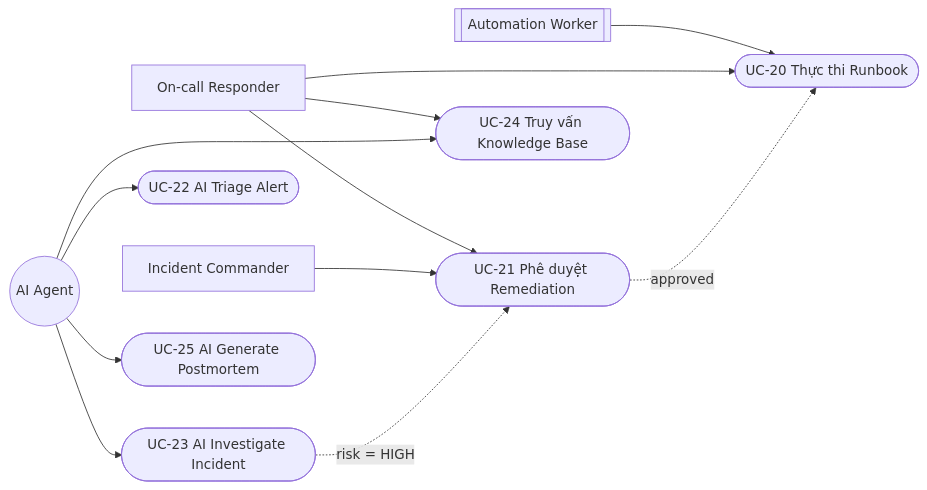
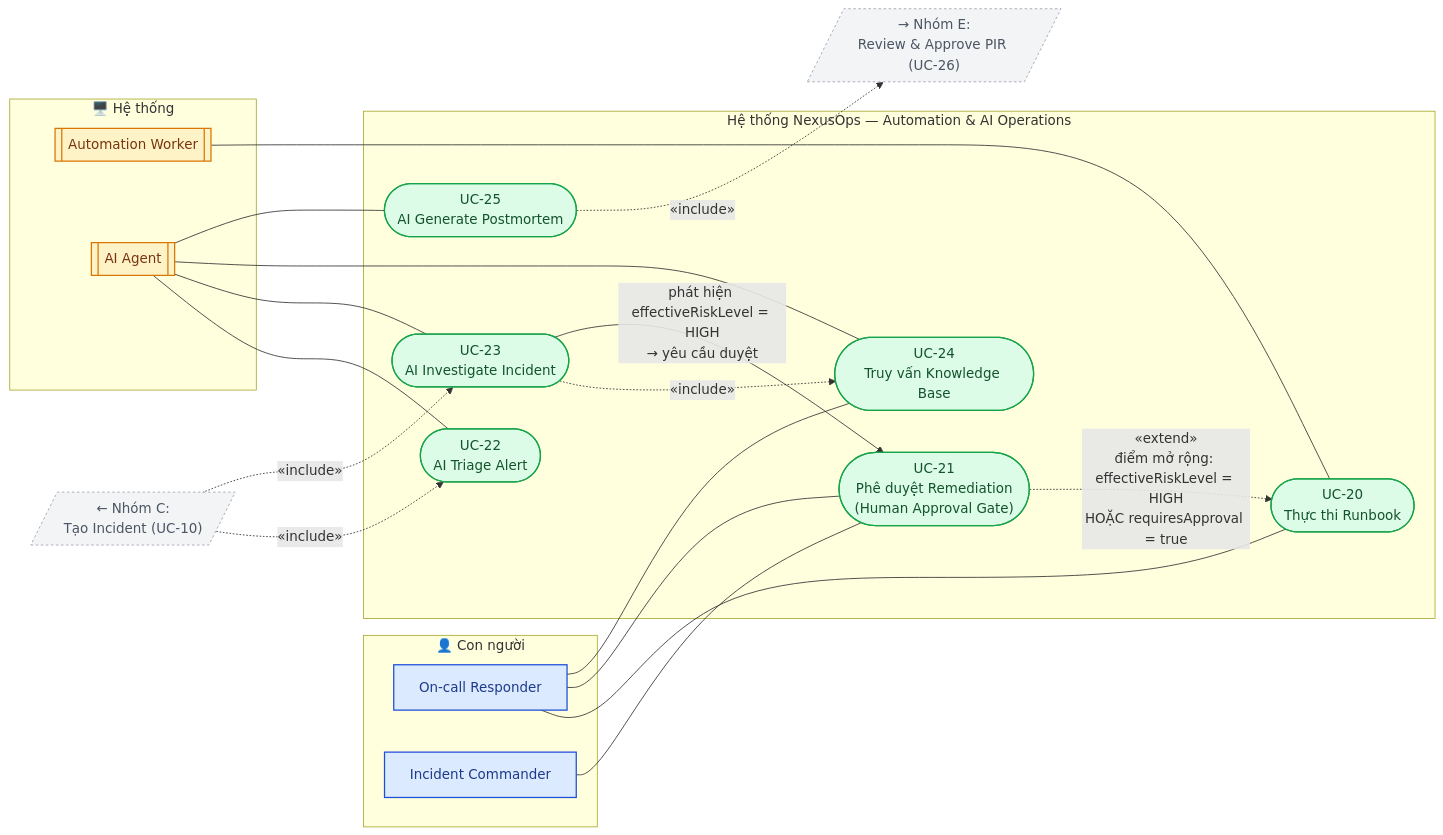
The fifth of 12 diagrams in README.md (NguyenBao0305/Intelligent-Incident-Reliability-Operations-Platform), drawn with Mermaid before and after one commit. The commit also changed other lines of this file, not shown here.

````diff
--- a/README.md
+++ b/README.md
@@ -564,19 +638,49 @@
 ```mermaid
 flowchart LR
-    AutomationWorker[[Automation Worker]]
-    Responder[On-call Responder]
-    Commander[Incident Commander]
-    AIAgent((AI Agent))
+    subgraph ACTORS_D_H["👤 Con người"]
+        Responder2[On-call Responder]
+        Commander2[Incident Commander]
+    end
+    subgraph ACTORS_D_S["🖥️ Hệ thống"]
+        AutomationWorker[[Automation Worker]]
+        AIAgent[[AI Agent]]
+    end
 
-    AutomationWorker --> UC20([UC-20 Thực thi Runbook])
-    Responder --> UC20
-    Responder --> UC21([UC-21 Phê duyệt Remediation])
-    Commander --> UC21
-    AIAgent --> UC22([UC-22 AI Triage Alert])
-    AIAgent --> UC23([UC-23 AI Investigate Incident])
-    Responder --> UC24([UC-24 Truy vấn Knowledge Base])
-    AIAgent --> UC24
-    AIAgent --> UC25([UC-25 AI Generate Postmortem])
-    UC23 -.->|"risk = HIGH"| UC21
-    UC21 -.->|"approved"| UC20
+    subgraph SYS_D["Hệ thống NexusOps — Automation & AI Operations"]
+        UC20(["UC-20<br/>Thực thi Runbook"])
+        UC21(["UC-21<br/>Phê duyệt Remediation<br/>(Human Approval Gate)"])
+        UC22(["UC-22<br/>AI Triage Alert"])
+        UC23(["UC-23<br/>AI Investigate Incident"])
+        UC24(["UC-24<br/>Truy vấn Knowledge Base"])
+        UC25(["UC-25<br/>AI Generate Postmortem"])
+    end
+
+    REF_INC[/"← Nhóm C:<br/>Tạo Incident (UC-10)"/]
+    REF_PIR[/"→ Nhóm E:<br/>Review & Approve PIR (UC-26)"/]
+
+    AutomationWorker --- UC20
+    Responder2 --- UC20
+    Responder2 --- UC21
+    Commander2 --- UC21
+    AIAgent --- UC22
+    AIAgent --- UC23
+    AIAgent --- UC24
+    AIAgent --- UC25
+    Responder2 --- UC24
+
+    REF_INC -.->|"«include»"| UC22
+    REF_INC -.->|"«include»"| UC23
+    UC23 -.->|"«include»"| UC24
+    UC23 -->|"phát hiện effectiveRiskLevel = HIGH<br/>→ yêu cầu duyệt"| UC21
+    UC21 -.->|"«extend»<br/>điểm mở rộng: effectiveRiskLevel = HIGH<br/>HOẶC requiresApproval = true"| UC20
+    UC25 -.->|"«include»"| REF_PIR
+
+    classDef actorHuman fill:#dbeafe,stroke:#1d4ed8,stroke-width:1.5px,color:#1e3a8a
+    classDef actorSystem fill:#fef3c7,stroke:#d97706,stroke-width:1.5px,color:#78350f
+    classDef usecase fill:#dcfce7,stroke:#16a34a,stroke-width:1.5px,color:#14532d
+    classDef refNode fill:#f3f4f6,stroke:#9ca3af,stroke-width:1px,stroke-dasharray: 3 3,color:#4b5563
+    class Responder2,Commander2 actorHuman
+    class AutomationWorker,AIAgent actorSystem
+    class UC20,UC21,UC22,UC23,UC24,UC25 usecase
+    class REF_INC,REF_PIR refNode
 ```
````
